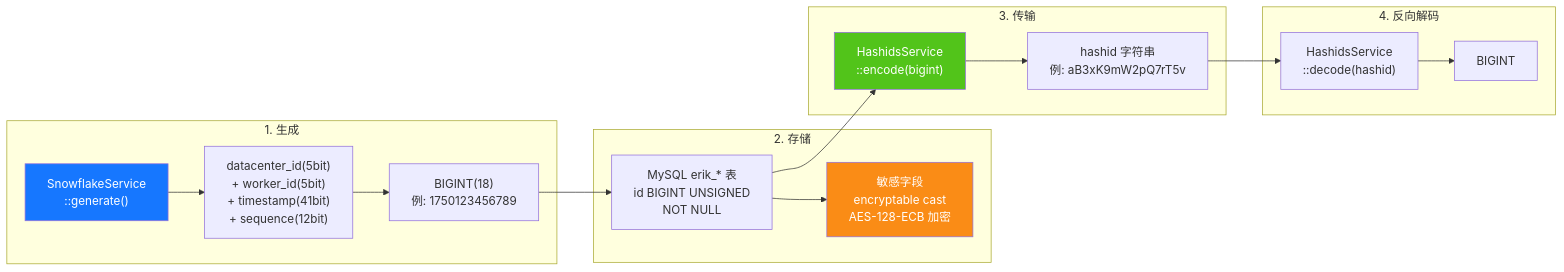
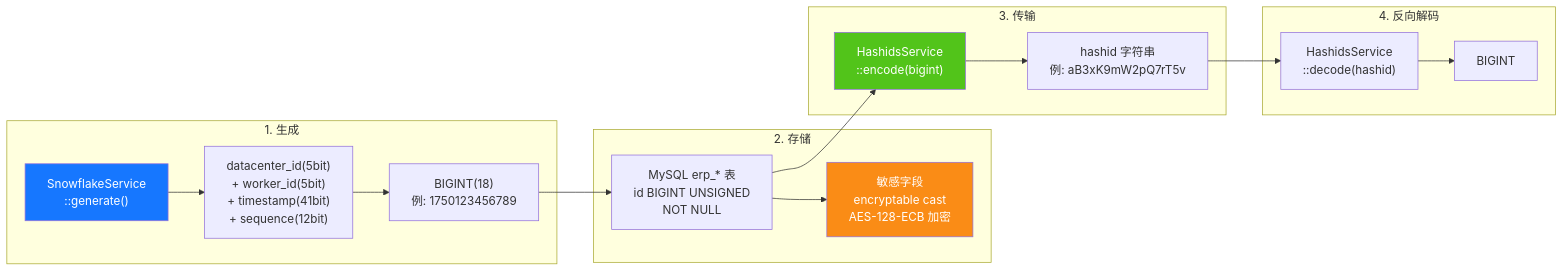
One commit to erikwang2013/erp-php changed the seventh of 20 diagrams in docs/ARCHITECTURE.md. Above: the diagram before and after it, drawn with Mermaid. The commit also changed other lines of this file and 449 other files, not shown here.

First line of the commit message:
全局命名统一：数据库 erp、表前缀 erp_、Redis 前缀 erp:（原 erik_/open_admin）

````diff
--- a/docs/ARCHITECTURE.md
+++ b/docs/ARCHITECTURE.md
@@ -373,33 +373,33 @@
 ```mermaid
 flowchart LR
     subgraph "1. 生成"
         G1["SnowflakeService<br/>::generate()"]
         G2["datacenter_id(5bit)<br/>+ worker_id(5bit)<br/>+ timestamp(41bit)<br/>+ sequence(12bit)"]
         G3["BIGINT(18)<br/>例: 1750123456789"]
         G1 --> G2 --> G3
     end
 
     subgraph "2. 存储"
-        S1["MySQL erik_* 表<br/>id BIGINT UNSIGNED<br/>NOT NULL"]
+        S1["MySQL erp_* 表<br/>id BIGINT UNSIGNED<br/>NOT NULL"]
         S2["敏感字段<br/>encryptable cast<br/>AES-128-ECB 加密"]
         G3 --> S1
         S1 --> S2
     end
 
     subgraph "3. 传输"
         T1["HashidsService<br/>::encode(bigint)"]
         T2["hashid 字符串<br/>例: aB3xK9mW2pQ7rT5v"]
         S1 --> T1
         T1 --> T2
     end
 
     subgraph "4. 反向解码"
         R1["HashidsService<br/>::decode(hashid)"]
         R2["BIGINT"]
         T2 --> R1 --> R2
     end
 
     style G1 fill:#1677FF,color:#fff
     style T1 fill:#52C41A,color:#fff
     style S2 fill:#FA8C16,color:#fff
 ```
````
